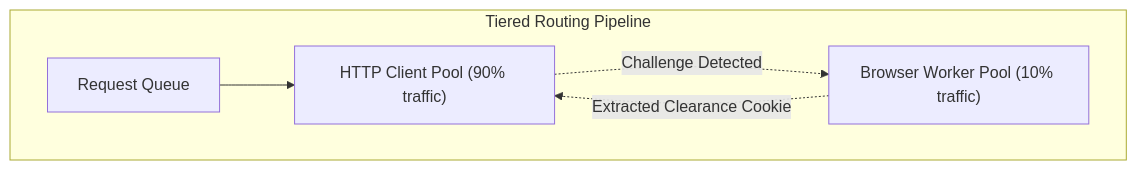
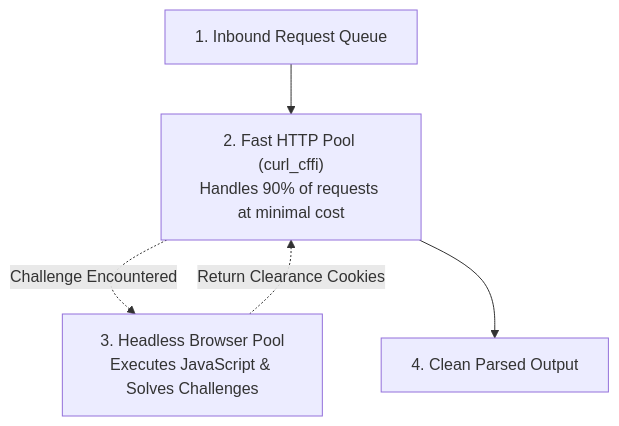
One commit to naimurhasan/naimurhasan.github.io changed the second of 2 diagrams in _posts/2026-11-13-why-search-scrapers-need-http-clients-and-real-browsers.md. Above: the diagram before and after it, drawn with Mermaid. The commit also changed other lines of this file and 28 other files, not shown here.

Commit message:
fix(blog): refactor all Mermaid diagrams to vertical legible layouts and restore in-body illustrations

````diff
--- a/_posts/2026-11-13-why-search-scrapers-need-http-clients-and-real-browsers.md
+++ b/_posts/2026-11-13-why-search-scrapers-need-http-clients-and-real-browsers.md
@@ -72,9 +73,7 @@
 ```mermaid
-flowchart LR
-  subgraph Pipeline ["Tiered Routing Pipeline"]
-    direction LR
-    Req["Request Queue"] --> Fast["HTTP Client Pool (90% traffic)"]
-    Fast -.-> |"Challenge Detected"| Slow["Browser Worker Pool (10% traffic)"]
-    Slow -.-> |"Extracted Clearance Cookie"| Fast
-  end
+flowchart TD
+  Req["1. Inbound Request Queue"] --> Fast["2. Fast HTTP Pool (curl_cffi)<br/>Handles 90% of requests at minimal cost"]
+  Fast -.->|"Challenge Encountered"| Slow["3. Headless Browser Pool<br/>Executes JavaScript & Solves Challenges"]
+  Slow -.->|"Return Clearance Cookies"| Fast
+  Fast --> Output["4. Clean Parsed Output"]
 ```
````
